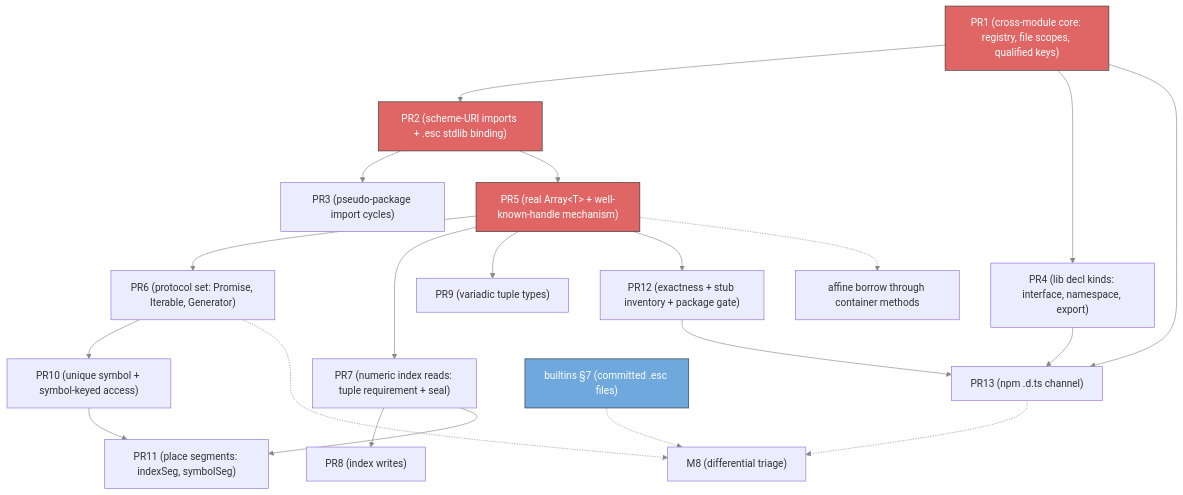
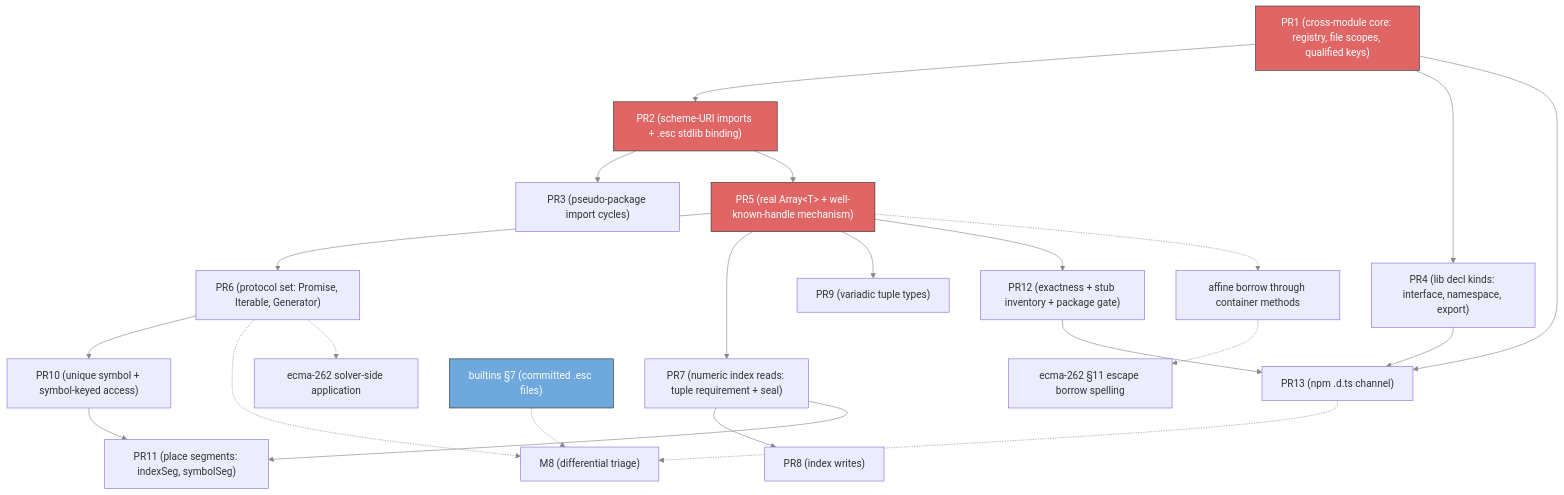
Before and after one commit to escalier-lang/escalier: the diagram in planning/simple_sub/m7.5-implementation-plan.md, drawn with Mermaid. The commit also changed other lines of this file and 1 other file, not shown here.

First line of the commit message:
Cross-reference M7.5 and the ECMA-262 workstream from both sides

````diff
--- a/planning/simple_sub/m7.5-implementation-plan.md
+++ b/planning/simple_sub/m7.5-implementation-plan.md
@@ -826,46 +861,50 @@
 ```mermaid
 graph TD
     PR1["PR1 (cross-module core: registry, file scopes, qualified keys)"]
     PR2["PR2 (scheme-URI imports + .esc stdlib binding)"]
     PR3["PR3 (pseudo-package import cycles)"]
     PR4["PR4 (lib decl kinds: interface, namespace, export)"]
     PR5["PR5 (real Array&lt;T&gt; + well-known-handle mechanism)"]
     PR6["PR6 (protocol set: Promise, Iterable, Generator)"]
     PR7["PR7 (numeric index reads: tuple requirement + seal)"]
     PR8["PR8 (index writes)"]
     PR9["PR9 (variadic tuple types)"]
     PR10["PR10 (unique symbol + symbol-keyed access)"]
     PR11["PR11 (place segments: indexSeg, symbolSeg)"]
     PR12["PR12 (exactness + stub inventory + package gate)"]
     PR13["PR13 (npm .d.ts channel)"]
     B7["builtins §7 (committed .esc files)"]
     M8["M8 (differential triage)"]
     AFF["affine borrow through container methods"]
+    E262["ecma-262 solver-side application"]
+    E262C["ecma-262 §11 escape borrow spelling"]
 
     PR1 --> PR2
     PR1 --> PR4
     PR1 --> PR13
     PR2 --> PR3
     PR2 --> PR5
     PR5 --> PR6
     PR5 --> PR7
     PR5 --> PR9
     PR5 --> PR12
     PR6 --> PR10
     PR7 --> PR8
     PR7 --> PR11
     PR10 --> PR11
     PR4 --> PR13
     PR12 --> PR13
 
     B7 -.-> M8
     PR6 -.-> M8
     PR13 -.-> M8
     PR5 -.-> AFF
+    PR6 -.-> E262
+    AFF -.-> E262C
 
     linkStyle default stroke:#888
     style PR1 fill:#e06666,stroke:#333,color:#fff
     style PR2 fill:#e06666,stroke:#333,color:#fff
     style PR5 fill:#e06666,stroke:#333,color:#fff
     style B7 fill:#6fa8dc,stroke:#333,color:#fff
 ```
````
